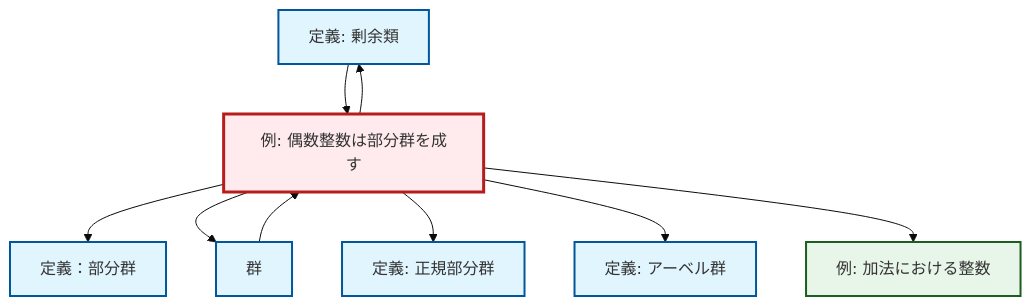
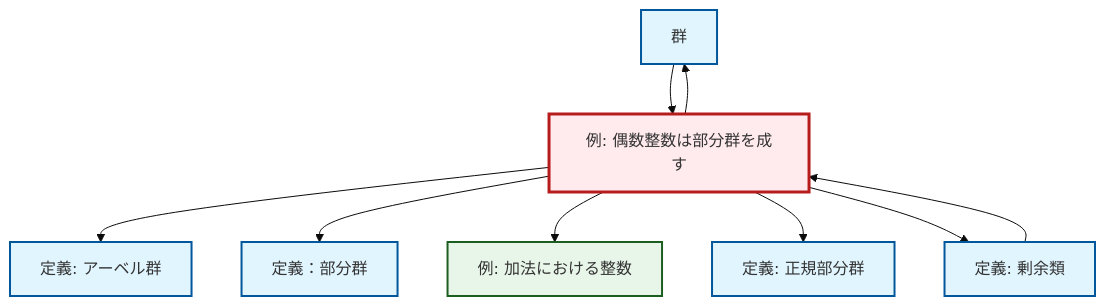
Before and after one commit to RK0429/ModernMath: the diagram in content/ja/algebra/ex-even-integers-subgroup.qmd, drawn with Mermaid (base theme). The commit also changed 672 other files, not shown here.

````diff
--- a/content/ja/algebra/ex-even-integers-subgroup.qmd
+++ b/content/ja/algebra/ex-even-integers-subgroup.qmd
@@ -52,31 +52,31 @@
 ```{mermaid}
-%%| fig-cap: "Local dependency graph"
+%%| fig-cap: "ローカル依存関係グラフ"
 graph TD
     classDef definition fill:#e1f5fe,stroke:#01579b,stroke-width:2px
     classDef theorem fill:#f3e5f5,stroke:#4a148c,stroke-width:2px
     classDef axiom fill:#fff3e0,stroke:#e65100,stroke-width:2px
     classDef example fill:#e8f5e9,stroke:#1b5e20,stroke-width:2px
     classDef current fill:#ffebee,stroke:#b71c1c,stroke-width:3px
     def-subgroup["定義：部分群"]:::definition
-    def-abelian-group["定義: アーベル群"]:::definition
     def-normal-subgroup["定義: 正規部分群"]:::definition
     ex-integers-addition["例: 加法における整数"]:::example
+    def-group["群"]:::definition
     def-coset["定義: 剰余類"]:::definition
-    def-group["群"]:::definition
     ex-even-integers-subgroup["例: 偶数整数は部分群を成す"]:::example
+    def-abelian-group["定義: アーベル群"]:::definition
+    ex-even-integers-subgroup --> def-abelian-group
+    ex-even-integers-subgroup --> def-subgroup
     def-coset --> ex-even-integers-subgroup
-    ex-even-integers-subgroup --> def-subgroup
+    ex-even-integers-subgroup --> ex-integers-addition
     def-group --> ex-even-integers-subgroup
+    ex-even-integers-subgroup --> def-normal-subgroup
     ex-even-integers-subgroup --> def-group
-    ex-even-integers-subgroup --> def-normal-subgroup
     ex-even-integers-subgroup --> def-coset
-    ex-even-integers-subgroup --> def-abelian-group
-    ex-even-integers-subgroup --> ex-integers-addition
     class ex-even-integers-subgroup current
     click def-subgroup "def-subgroup.html" "定義：部分群へ"
-    click def-abelian-group "def-abelian-group.html" "アーベル群の定義へ"
     click def-normal-subgroup "def-normal-subgroup.html" "正規部分群の定義へ"
     click ex-integers-addition "ex-integers-addition.html" "加法における整数の例へ"
+    click def-group "def-group.html" "群へ"
     click def-coset "def-coset.html" "剰余類の定義へ"
-    click def-group "def-group.html" "群へ"
+    click def-abelian-group "def-abelian-group.html" "アーベル群の定義へ"
 ```
````
